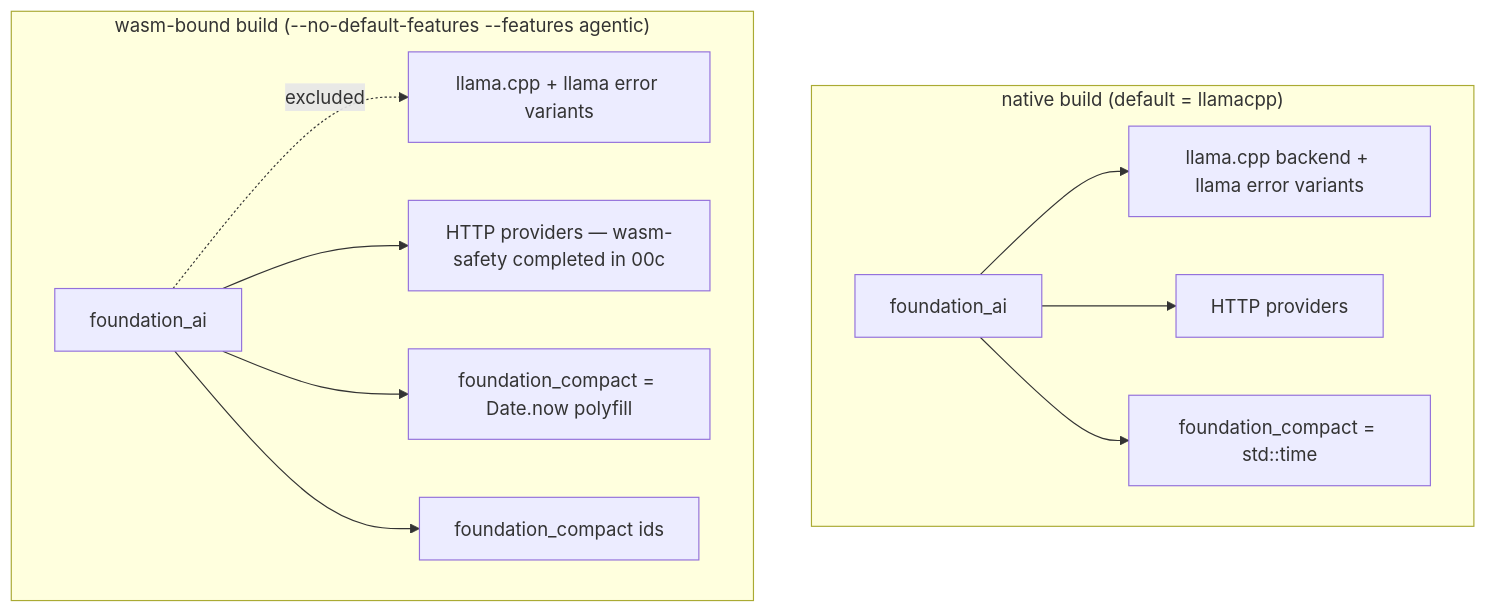
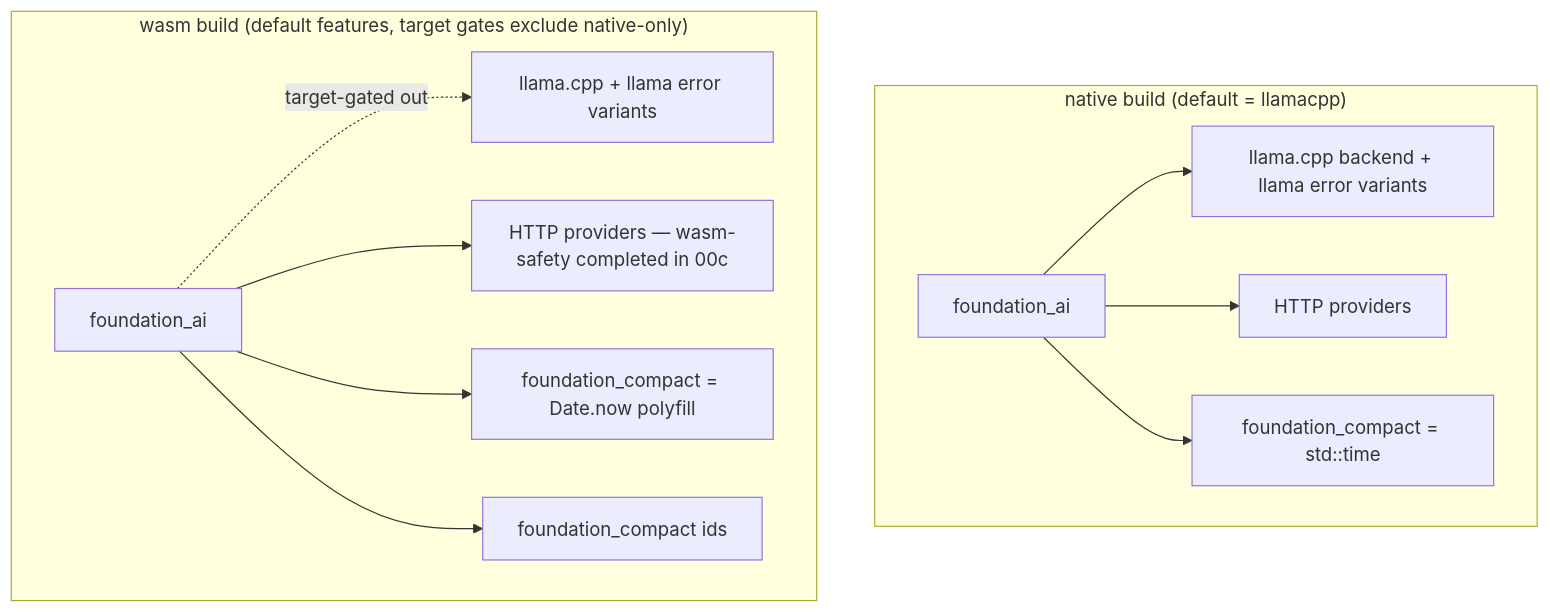
One commit to ewe-studios/ewe_platform changed the diagram in specifications/36-agentic-api/features/00b-foundation-ai-llama-optional/feature.md. Above: the diagram before and after it, drawn with Mermaid. The commit also changed other lines of this file and 29 other files, not shown here.

First line of the commit message:
spec(36): resolve Items #10-#14 — error handling, pipeline, loop detection, cancellation, agentic feature

````diff
--- a/specifications/36-agentic-api/features/00b-foundation-ai-llama-optional/feature.md
+++ b/specifications/36-agentic-api/features/00b-foundation-ai-llama-optional/feature.md
@@ -198,14 +210,14 @@
 ```mermaid
 graph TD
     subgraph "native build (default = llamacpp)"
         N[foundation_ai] --> NL[llama.cpp backend + llama error variants]
         N --> NH[HTTP providers]
         N --> NC[foundation_compact = std::time]
     end
-    subgraph "wasm-bound build (--no-default-features --features agentic)"
-        W[foundation_ai] -.excluded.-> WL[llama.cpp + llama error variants]
+    subgraph "wasm build (default features, target gates exclude native-only)"
+        W[foundation_ai] -.target-gated out.-> WL[llama.cpp + llama error variants]
         W --> WH[HTTP providers — wasm-safety completed in 00c]
         W --> WC[foundation_compact = Date.now polyfill]
         W --> WR[foundation_compact ids]
     end
 ```
````
